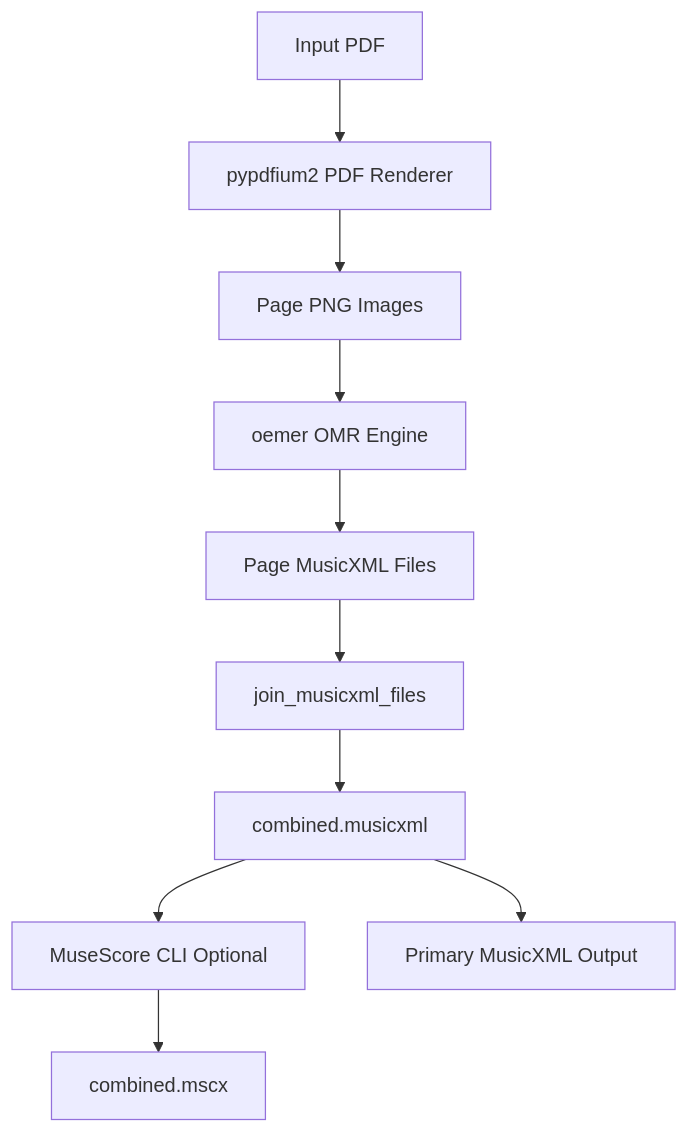
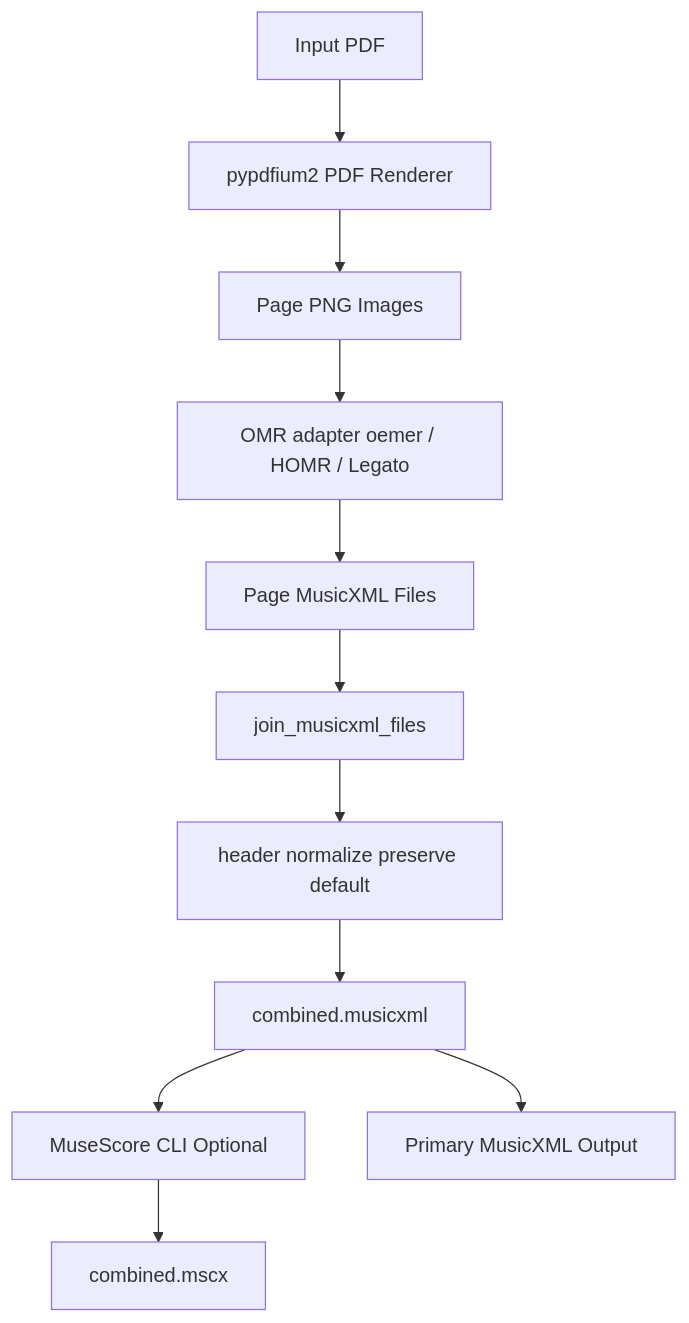
Before and after one commit to thedivergentai/PDF2Muse: the diagram in README.md, drawn with Mermaid. The commit also changed other lines of this file and 21 other files, not shown here.

First line of the commit message:
feat: preserve mid-score headers and add optional HOMR backend

````diff
--- a/README.md
+++ b/README.md
@@ -298,12 +318,13 @@
 ```mermaid
 flowchart TD
     inputPdf[Input PDF] --> renderPdf[pypdfium2 PDF Renderer]
     renderPdf --> pageImages[Page PNG Images]
-    pageImages --> oemerEngine[oemer OMR Engine]
-    oemerEngine --> pageXml[Page MusicXML Files]
+    pageImages --> omrAdapter[OMR adapter oemer / HOMR / Legato]
+    omrAdapter --> pageXml[Page MusicXML Files]
     pageXml --> joinXml[join_musicxml_files]
-    joinXml --> combinedXml[combined.musicxml]
+    joinXml --> headerNorm[header normalize preserve default]
+    headerNorm --> combinedXml[combined.musicxml]
     combinedXml --> museScore[MuseScore CLI Optional]
     museScore --> mscx[combined.mscx]
     combinedXml --> primaryXml[Primary MusicXML Output]
 ```
````
